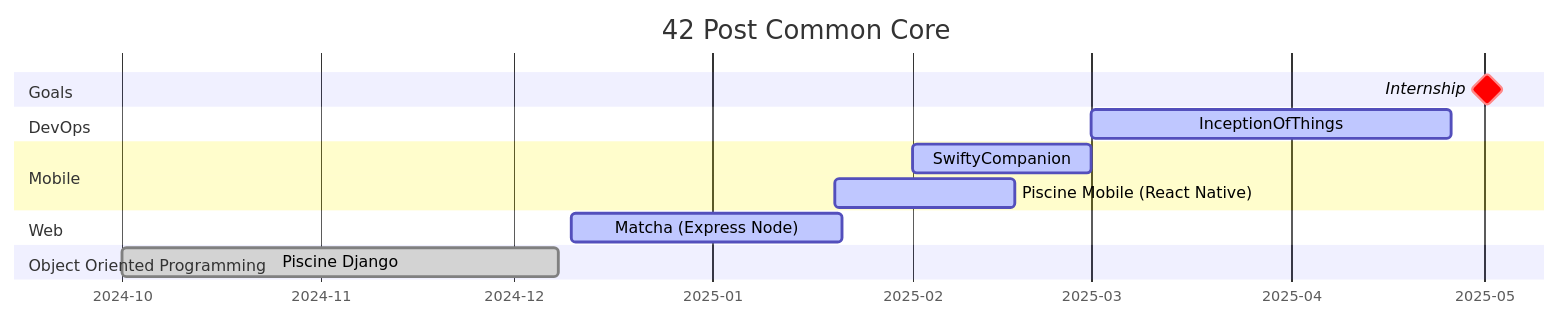
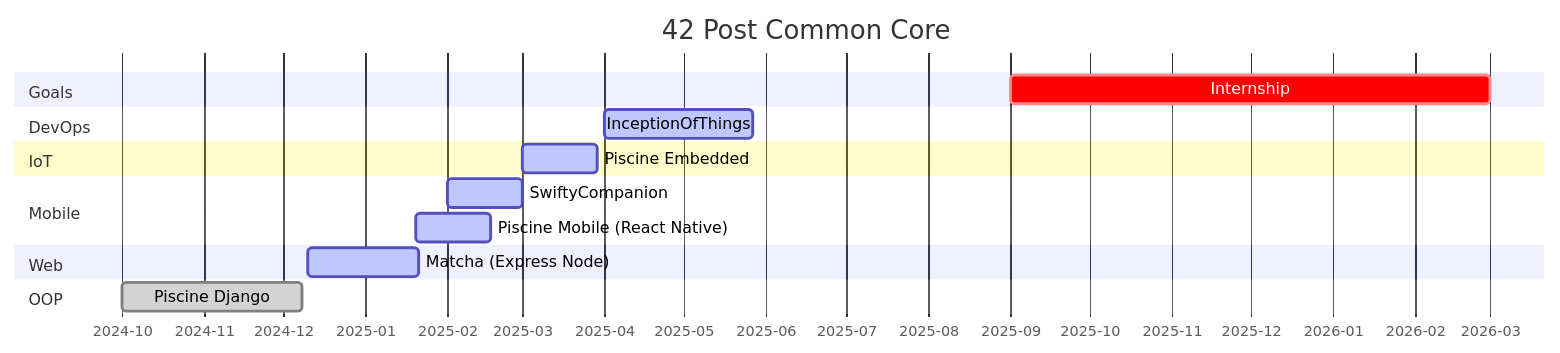
One commit to Tablerase/42_Projects changed the first of 3 diagrams in README.md. Above: the diagram before and after it, drawn with Mermaid. The commit also changed other lines of this file and 1 other file, not shown here.

````diff
--- a/README.md
+++ b/README.md
@@ -104,23 +107,26 @@
 ```mermaid
 gantt
     title 42 Post Common Core
     dateFormat  YYYY-MM-DD
     axisFormat %Y-%m
     todayMarker on
 
     section Goals
-    Internship : crit, milestone, m1, 2025-05-01, 1d
+    Internship : crit, 2025-09-01, 2026-03-01
 
     section DevOps
-    InceptionOfThings : active, 2025-03-01, 8w
+    InceptionOfThings : active, 2025-04-01, 8w
+
+    Section IoT
+    Piscine Embedded : active, 2025-03-01, 4w
 
     section Mobile
     SwiftyCompanion : active, 2025-02-01, 4w
     Piscine Mobile (React Native) : active, 2025-01-20, 4w
 
     section Web
     Matcha (Express Node) : active, 2024-12-10, 6w
 
-    section Object Oriented Programming
+    section OOP
     Piscine Django : done, 2024-10-01, 2024-12-08
 ```
````
